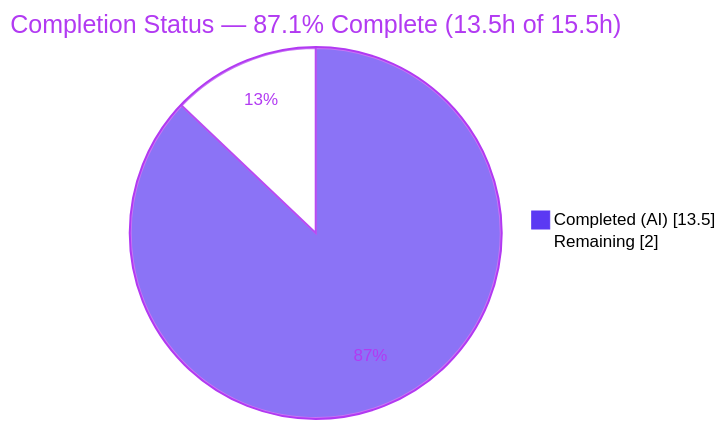
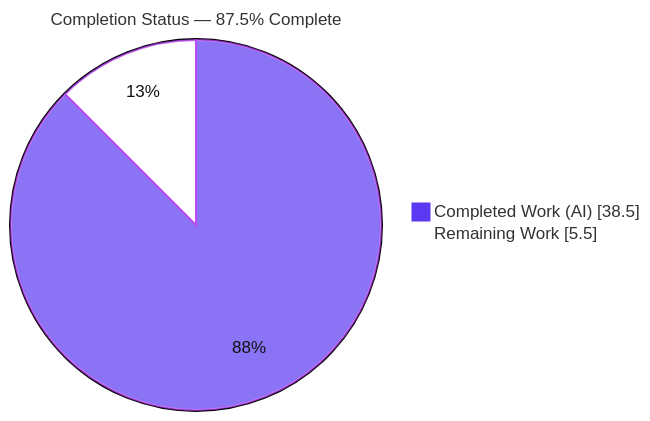
The first of 3 diagrams in blitzy/documentation/Project Guide.md (Blitzy-Sandbox/Cataclysm-DDA), drawn with Mermaid before and after one commit. The commit also changed other lines of this file, not shown here.

Commit message:
Adding Blitzy Project Guide: Project Status and Human Tasks Remaining

````diff
--- a/blitzy/documentation/Project Guide.md
+++ b/blitzy/documentation/Project Guide.md
@@ -15,6 +18,7 @@
 ```mermaid
-%%{init: {'theme':'base','themeVariables':{'pie1':'#5B39F3','pie2':'#FFFFFF','pieStrokeColor':'#B23AF2','pieOuterStrokeColor':'#B23AF2','pieTitleTextColor':'#B23AF2','pieSectionTextColor':'#B23AF2','pieLegendTextColor':'#000000'}}}%%
-pie showData title Completion Status — 87.1% Complete (13.5h of 15.5h)
-    "Completed (AI)" : 13.5
-    "Remaining" : 2.0
+%%{init: {'theme':'base', 'themeVariables': {'pie1':'#5B39F3','pie2':'#FFFFFF','pieStrokeColor':'#B23AF2','pieStrokeWidth':'2px','pieOuterStrokeWidth':'2px','pieSectionTextColor':'#111111','pieTitleTextSize':'17px'}}}%%
+pie showData
+    title Completion Status — 87.5% Complete
+    "Completed Work (AI)" : 38.5
+    "Remaining Work" : 5.5
 ```
````
